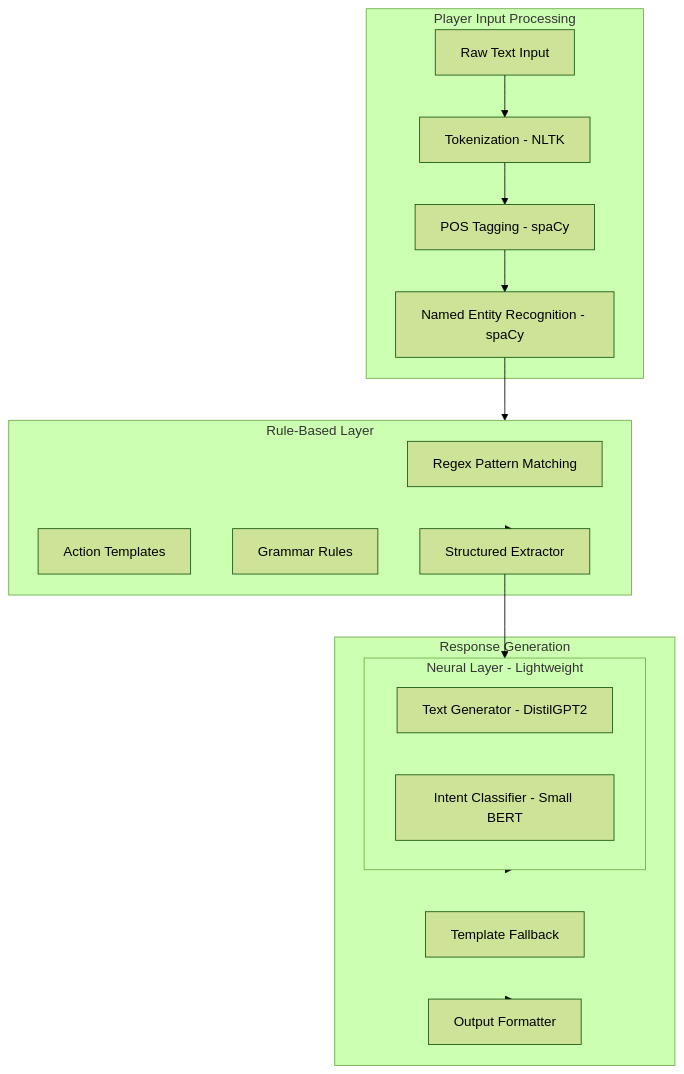
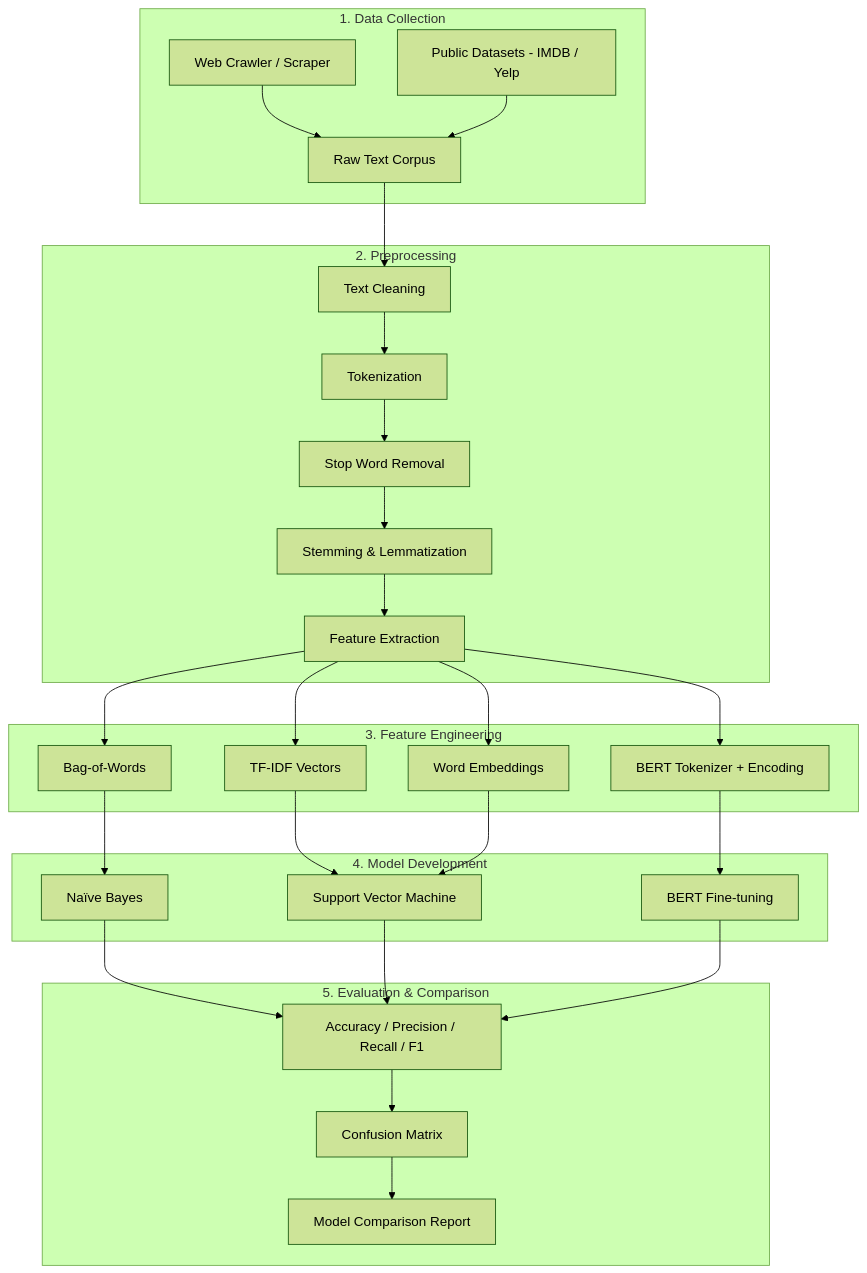
One commit to Dellrall/CrazAI changed the first of 2 diagrams in .agent/SKILL.md. Above: the diagram before and after it, drawn with Mermaid (forest theme). The commit also changed other lines of this file and 2 other files, not shown here.

````diff
--- a/.agent/SKILL.md
+++ b/.agent/SKILL.md
@@ -31,36 +71,56 @@
 ```mermaid
 flowchart TB
-    subgraph Input[Player Input Processing]
-        Text[Raw Text Input]
-        Tokenize[Tokenization - NLTK]
-        POS[POS Tagging - spaCy]
-        NER[Named Entity Recognition - spaCy]
+    subgraph DataCollection["1. Data Collection"]
+        Crawler[Web Crawler / Scraper]
+        Dataset[Public Datasets - IMDB / Yelp]
+        RawData[Raw Text Corpus]
     end
-    
-    subgraph RuleBased[Rule-Based Layer]
-        Patterns[Regex Pattern Matching]
-        Templates[Action Templates]
-        Rules[Grammar Rules]
-        Extractor[Structured Extractor]
+
+    subgraph Preprocessing["2. Preprocessing"]
+        Clean[Text Cleaning]
+        Tokenize[Tokenization]
+        StopWords[Stop Word Removal]
+        StemLem[Stemming & Lemmatization]
+        Features[Feature Extraction]
     end
-    
-    subgraph Neural[Neural Layer - Lightweight]
-        Generator[Text Generator - DistilGPT2]
-        Classifier[Intent Classifier - Small BERT]
+
+    subgraph FeatureEng["3. Feature Engineering"]
+        BoW[Bag-of-Words]
+        TFIDF[TF-IDF Vectors]
+        Embeddings[Word Embeddings]
+        BERTEnc[BERT Tokenizer + Encoding]
     end
-    
-    subgraph Output[Response Generation]
-        Template[Template Fallback]
-        Neural[Neural Generation]
-        Formatter[Output Formatter]
+
+    subgraph Models["4. Model Development"]
+        NB[Naïve Bayes]
+        SVM[Support Vector Machine]
+        BERT[BERT Fine-tuning]
     end
-    
-    Text --> Tokenize
-    Tokenize --> POS
-    POS --> NER
-    NER --> RuleBased
-    RuleBased --> Extractor
-    Extractor --> Neural
-    Neural --> Output
-    Output --> Formatter
+
+    subgraph Evaluation["5. Evaluation & Comparison"]
+        Metrics[Accuracy / Precision / Recall / F1]
+        ConfMatrix[Confusion Matrix]
+        Compare[Model Comparison Report]
+    end
+
+    Crawler --> RawData
+    Dataset --> RawData
+    RawData --> Clean
+    Clean --> Tokenize
+    Tokenize --> StopWords
+    StopWords --> StemLem
+    StemLem --> Features
+    Features --> BoW
+    Features --> TFIDF
+    Features --> Embeddings
+    Features --> BERTEnc
+    BoW --> NB
+    TFIDF --> SVM
+    Embeddings --> SVM
+    BERTEnc --> BERT
+    NB --> Metrics
+    SVM --> Metrics
+    BERT --> Metrics
+    Metrics --> ConfMatrix
+    ConfMatrix --> Compare
 ```
````
